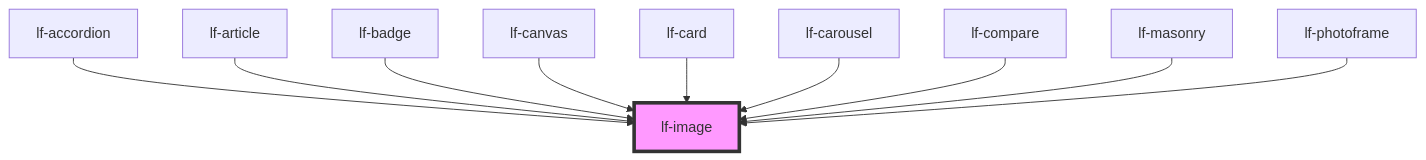
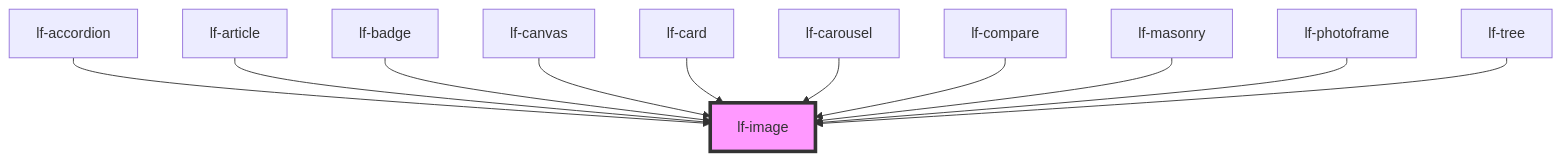
One commit to lucafoscili/lf-widgets changed the diagram in packages/core/src/components/lf-image/readme.md. Above: the diagram before and after it, drawn with Mermaid. The commit also changed other lines of this file and 17 other files, not shown here.

````diff
--- a/packages/core/src/components/lf-image/readme.md
+++ b/packages/core/src/components/lf-image/readme.md
@@ -110,13 +111,14 @@
 ```mermaid
 graph TD;
   lf-accordion --> lf-image
   lf-article --> lf-image
   lf-badge --> lf-image
   lf-canvas --> lf-image
   lf-card --> lf-image
   lf-carousel --> lf-image
   lf-compare --> lf-image
   lf-masonry --> lf-image
   lf-photoframe --> lf-image
+  lf-tree --> lf-image
   style lf-image fill:#f9f,stroke:#333,stroke-width:4px
 ```
````
